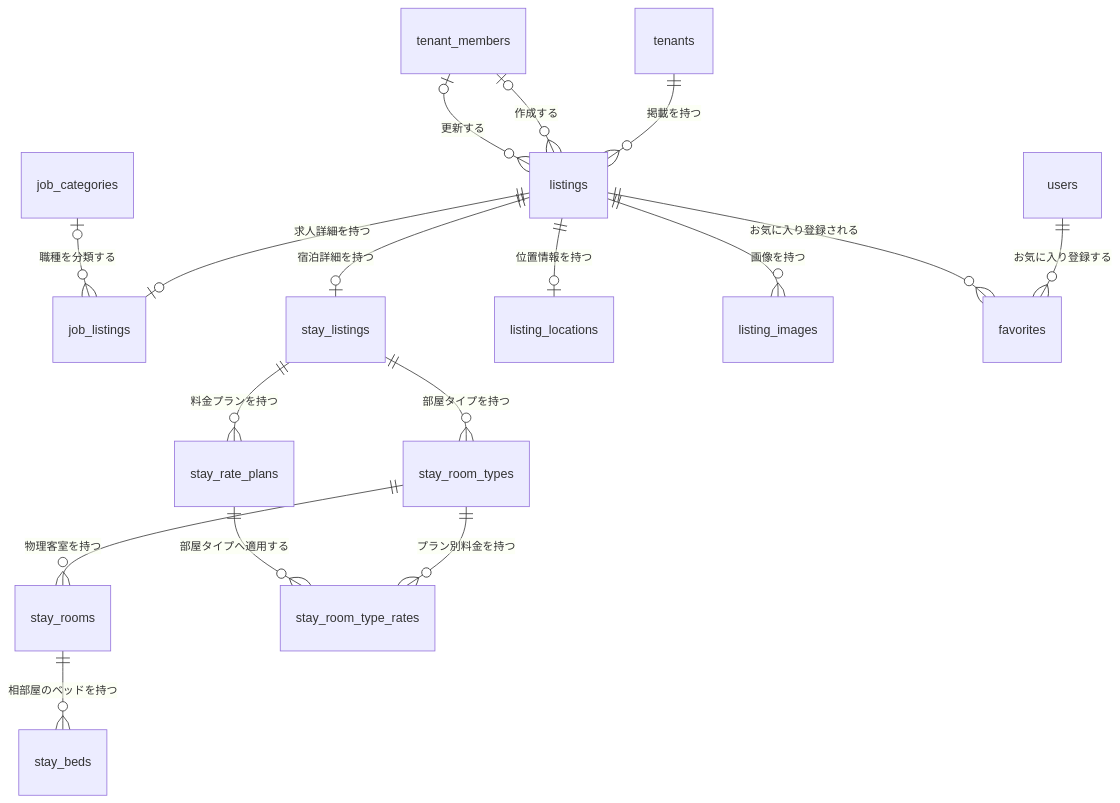
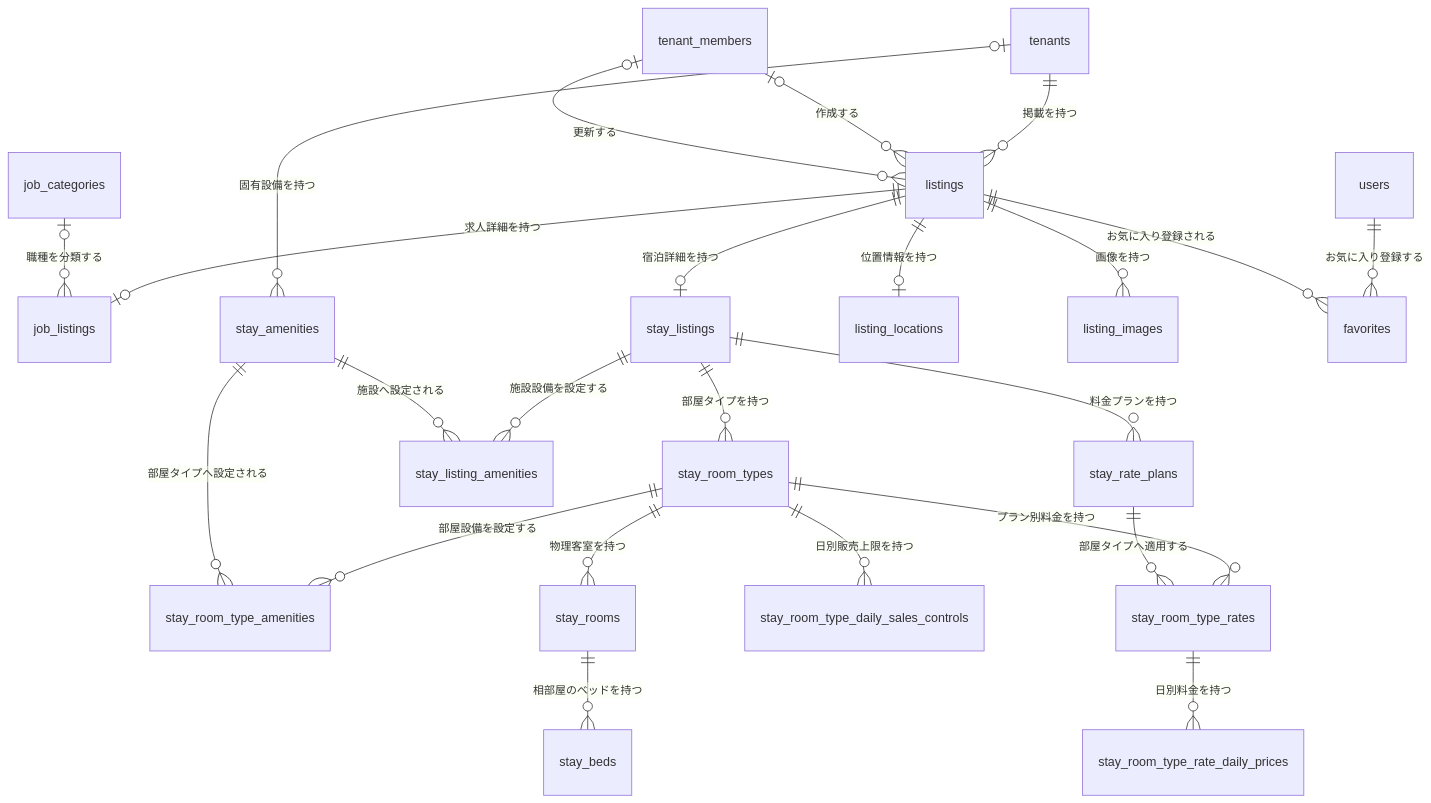
The first of 5 diagrams in docs/er/01-listing.md (t0kio2/community-hub), drawn with Mermaid before and after one commit. The commit also changed 6 other files, not shown here.

````diff
--- a/docs/er/01-listing.md
+++ b/docs/er/01-listing.md
@@ -13,19 +13,26 @@
 ```mermaid
 erDiagram
     tenants ||--o{ listings : "掲載を持つ"
     tenant_members o|--o{ listings : "作成する"
     tenant_members o|--o{ listings : "更新する"
     listings ||--o| job_listings : "求人詳細を持つ"
     job_categories o|--o{ job_listings : "職種を分類する"
     listings ||--o| stay_listings : "宿泊詳細を持つ"
     stay_listings ||--o{ stay_room_types : "部屋タイプを持つ"
+    tenants o|--o{ stay_amenities : "固有設備を持つ"
+    stay_listings ||--o{ stay_listing_amenities : "施設設備を設定する"
+    stay_amenities ||--o{ stay_listing_amenities : "施設へ設定される"
+    stay_room_types ||--o{ stay_room_type_amenities : "部屋設備を設定する"
+    stay_amenities ||--o{ stay_room_type_amenities : "部屋タイプへ設定される"
     stay_room_types ||--o{ stay_rooms : "物理客室を持つ"
     stay_rooms ||--o{ stay_beds : "相部屋のベッドを持つ"
+    stay_room_types ||--o{ stay_room_type_daily_sales_controls : "日別販売上限を持つ"
     stay_listings ||--o{ stay_rate_plans : "料金プランを持つ"
     stay_room_types ||--o{ stay_room_type_rates : "プラン別料金を持つ"
     stay_rate_plans ||--o{ stay_room_type_rates : "部屋タイプへ適用する"
+    stay_room_type_rates ||--o{ stay_room_type_rate_daily_prices : "日別料金を持つ"
     listings ||--o| listing_locations : "位置情報を持つ"
     listings ||--o{ listing_images : "画像を持つ"
     users ||--o{ favorites : "お気に入り登録する"
     listings ||--o{ favorites : "お気に入り登録される"
 ```
````
